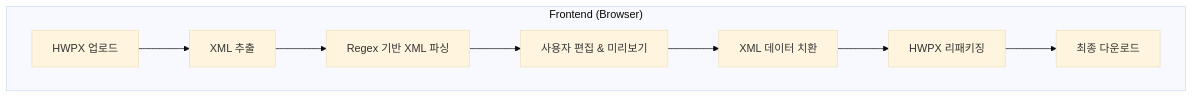
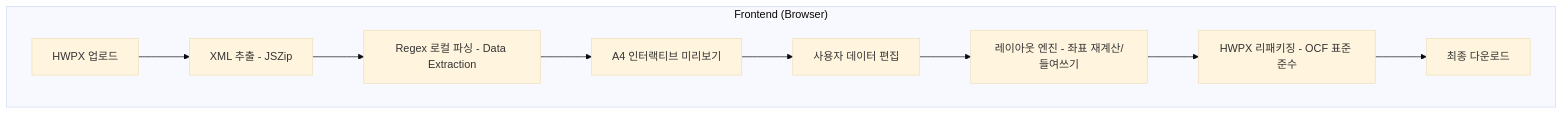
Before and after one commit to jpjp92/hwpx-back: the diagram in README.md, drawn with Mermaid (base theme). The commit also changed other lines of this file and 2 other files, not shown here.

````diff
--- a/README.md
+++ b/README.md
@@ -47,11 +22,13 @@
 ```mermaid
 flowchart TD
     subgraph Frontend ["Frontend (Browser)"]
-        U[HWPX 업로드] --> UNZIP[XML 추출]
-        UNZIP --> PARSE[Regex 기반 XML 파싱]
-        PARSE --> EDIT[사용자 편집 & 미리보기]
-        EDIT --> PATCH[XML 데이터 치환]
-        PATCH --> REPACK[HWPX 리패키징]
+        U[HWPX 업로드] 
+        U --> UNZIP[XML 추출 - JSZip]
+        UNZIP --> PARSE[Regex 로컬 파싱 - Data Extraction]
+        PARSE --> PREVIEW[A4 인터랙티브 미리보기]
+        PREVIEW --> EDIT[사용자 데이터 편집]
+        EDIT --> ENGINE[레이아웃 엔진 - 좌표 재계산/들여쓰기]
+        ENGINE --> REPACK[HWPX 리패키징 - OCF 표준 준수]
         REPACK --> DL[최종 다운로드]
     end
 ```
````
